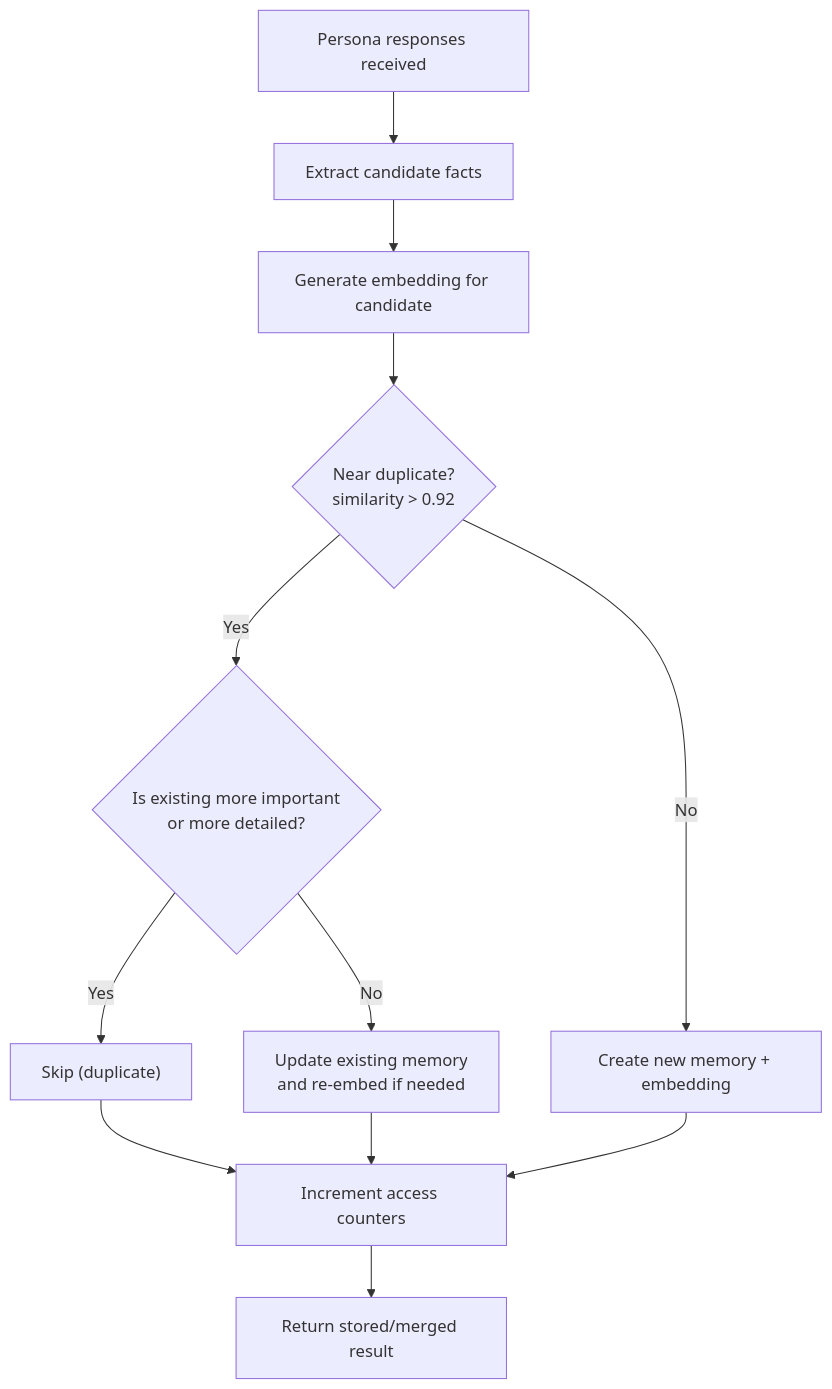
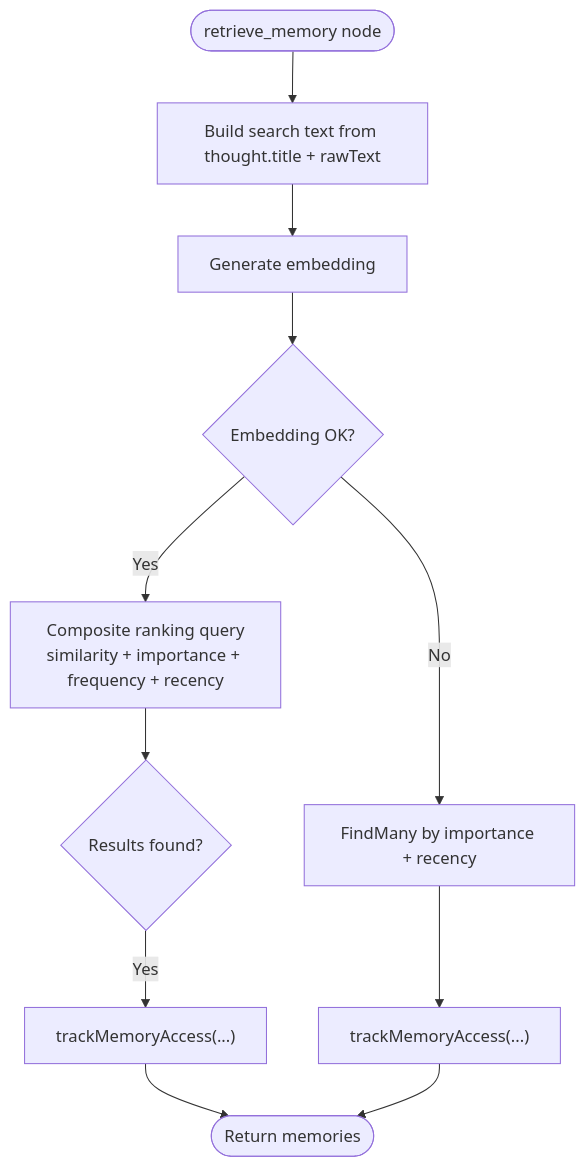
Before and after one commit to statgod6/4ever: the fourth of 6 diagrams in .qoder/repowiki/en/content/Core Features/Thought & Memory System/Memory Consolidation & Retrieval.md, drawn with Mermaid. The commit also changed other lines of this file and 116 other files, not shown here.

````diff
--- a/.qoder/repowiki/en/content/Core Features/Thought & Memory System/Memory Consolidation & Retrieval.md
+++ b/.qoder/repowiki/en/content/Core Features/Thought & Memory System/Memory Consolidation & Retrieval.md
@@ -308,14 +220,13 @@
 ```mermaid
 flowchart TD
-A["Persona responses received"] --> B["Extract candidate facts"]
-B --> C["Generate embedding for candidate"]
-C --> D{"Near duplicate?<br/>similarity > 0.92"}
-D --> |Yes| E{"Is existing more important<br/>or more detailed?"}
-E --> |Yes| F["Skip (duplicate)"]
-E --> |No| G["Update existing memory<br/>and re-embed if needed"]
-D --> |No| H["Create new memory + embedding"]
-G --> I["Increment access counters"]
-H --> I
-F --> I
-I --> J["Return stored/merged result"]
+Enter(["retrieve_memory node"]) --> Build["Build search text from thought.title + rawText"]
+Build --> Embed["Generate embedding"]
+Embed --> HasEmb{"Embedding OK?"}
+HasEmb --> |Yes| Rank["Composite ranking query<br/>similarity + importance + frequency + recency"]
+Rank --> Results{"Results found?"}
+Results --> |Yes| Track["trackMemoryAccess(...)"]
+Track --> Return(["Return memories"])
+HasEmb --> |No| Fallback["FindMany by importance + recency"]
+Fallback --> Track2["trackMemoryAccess(...)"]
+Track2 --> Return
 ```
````
